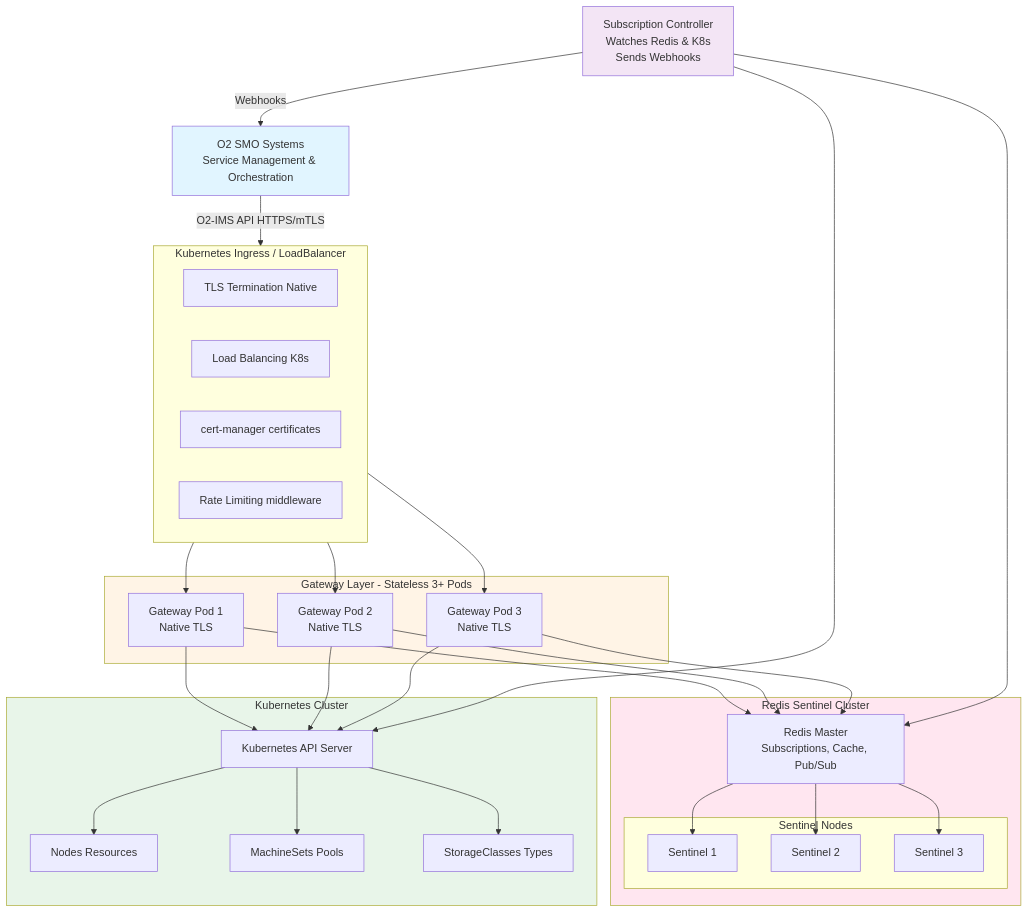
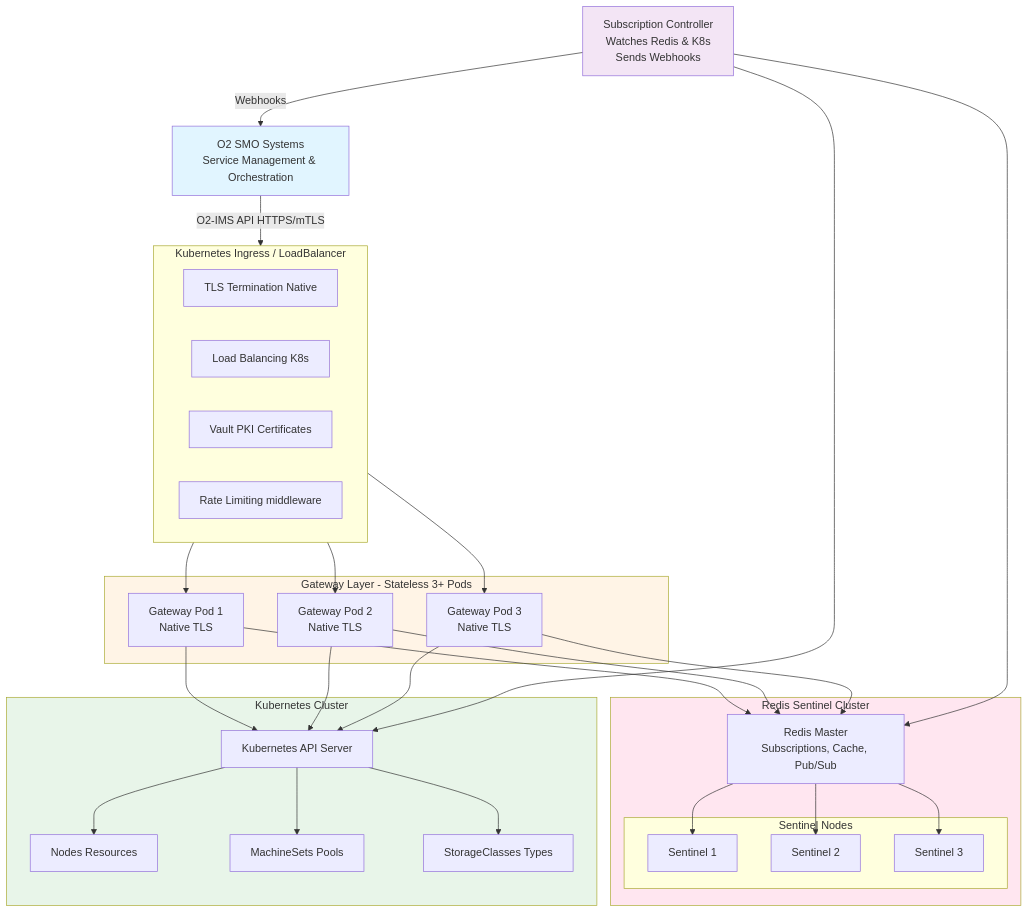
One commit to piwi3910/netweave changed the diagram in docs/architecture/README.md. Above: the diagram before and after it, drawn with Mermaid. The commit also changed other lines of this file and 5 other files, not shown here.

````diff
--- a/docs/architecture/README.md
+++ b/docs/architecture/README.md
@@ -30,66 +30,66 @@
 ```mermaid
 graph TB
     SMO[O2 SMO Systems<br/>Service Management & Orchestration]
 
     subgraph Ingress [Kubernetes Ingress / LoadBalancer]
         TLS[TLS Termination Native]
         LB[Load Balancing K8s]
-        CERT[cert-manager certificates]
+        CERT[Vault PKI Certificates]
         RATE[Rate Limiting middleware]
     end
 
     subgraph Gateway [Gateway Layer - Stateless 3+ Pods]
         GW1[Gateway Pod 1<br/>Native TLS]
         GW2[Gateway Pod 2<br/>Native TLS]
         GW3[Gateway Pod 3<br/>Native TLS]
     end
 
     subgraph Redis [Redis Sentinel Cluster]
         MASTER[Redis Master<br/>Subscriptions, Cache, Pub/Sub]
         subgraph Sentinels [Sentinel Nodes]
             S1[Sentinel 1]
             S2[Sentinel 2]
             S3[Sentinel 3]
         end
     end
 
     subgraph K8s [Kubernetes Cluster]
         API[Kubernetes API Server]
         NODES[Nodes Resources]
         MACHINES[MachineSets Pools]
         STORAGE[StorageClasses Types]
     end
 
     CTRL[Subscription Controller<br/>Watches Redis & K8s<br/>Sends Webhooks]
 
     SMO -->|O2-IMS API HTTPS/mTLS| Ingress
     Ingress --> GW1
     Ingress --> GW2
     Ingress --> GW3
 
     GW1 --> MASTER
     GW2 --> MASTER
     GW3 --> MASTER
 
     MASTER --> S1
     MASTER --> S2
     MASTER --> S3
 
     GW1 --> API
     GW2 --> API
     GW3 --> API
 
     API --> NODES
     API --> MACHINES
     API --> STORAGE
 
     CTRL --> MASTER
     CTRL --> API
     CTRL -->|Webhooks| SMO
 
     style SMO fill:#e1f5ff
     style Gateway fill:#fff4e6
     style Redis fill:#ffe6f0
     style K8s fill:#e8f5e9
     style CTRL fill:#f3e5f5
 ```
````
